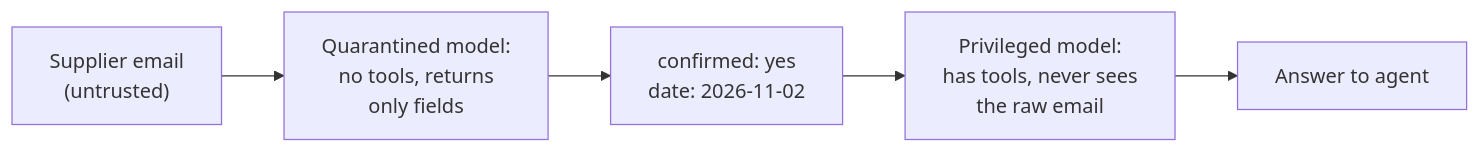
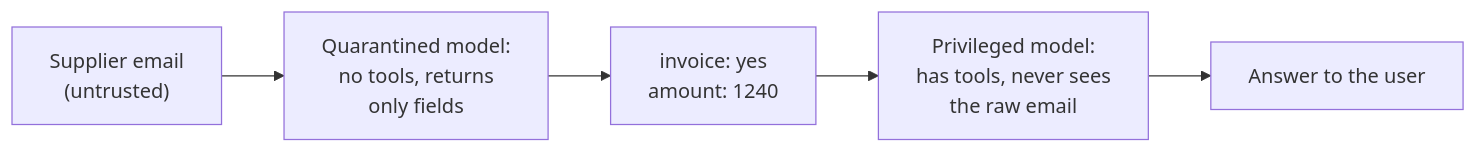
Before and after one commit to shubamchaudhary/CodeNITW: the third of 7 diagrams in src/Data/aiStackDocs/CH-11.md, drawn with Mermaid. The commit also changed other lines of this file and 32 other files, not shown here.

````diff
--- a/src/Data/aiStackDocs/CH-11.md
+++ b/src/Data/aiStackDocs/CH-11.md
@@ -53,7 +53,7 @@
 ```mermaid
 flowchart LR
     EM["Supplier email<br/>(untrusted)"] --> QM["Quarantined model:<br/>no tools, returns<br/>only fields"]
-    QM --> F["confirmed: yes<br/>date: 2026-11-02"]
+    QM --> F["invoice: yes<br/>amount: 1240"]
     F --> PM["Privileged model:<br/>has tools, never sees<br/>the raw email"]
-    PM --> A["Answer to agent"]
+    PM --> A["Answer to the user"]
 ```
````
